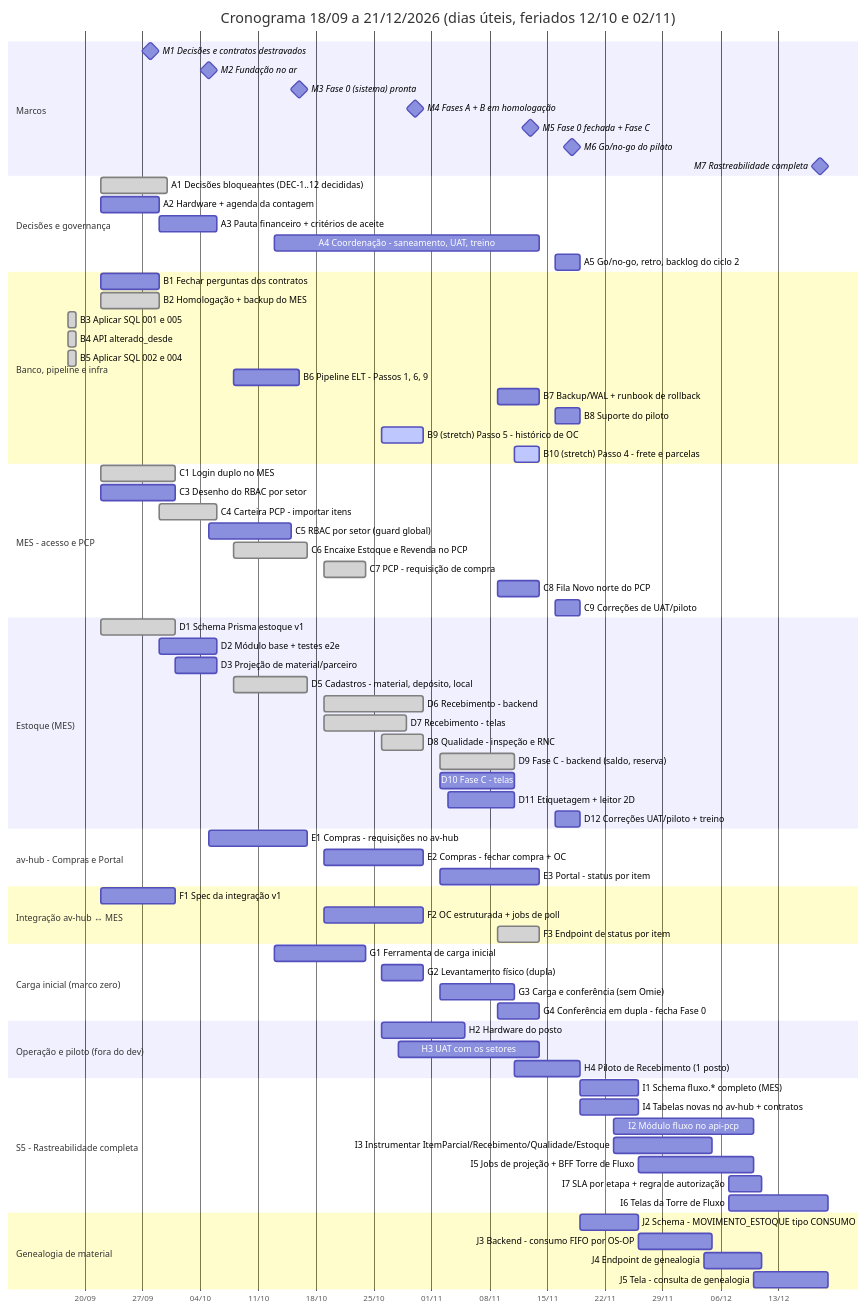
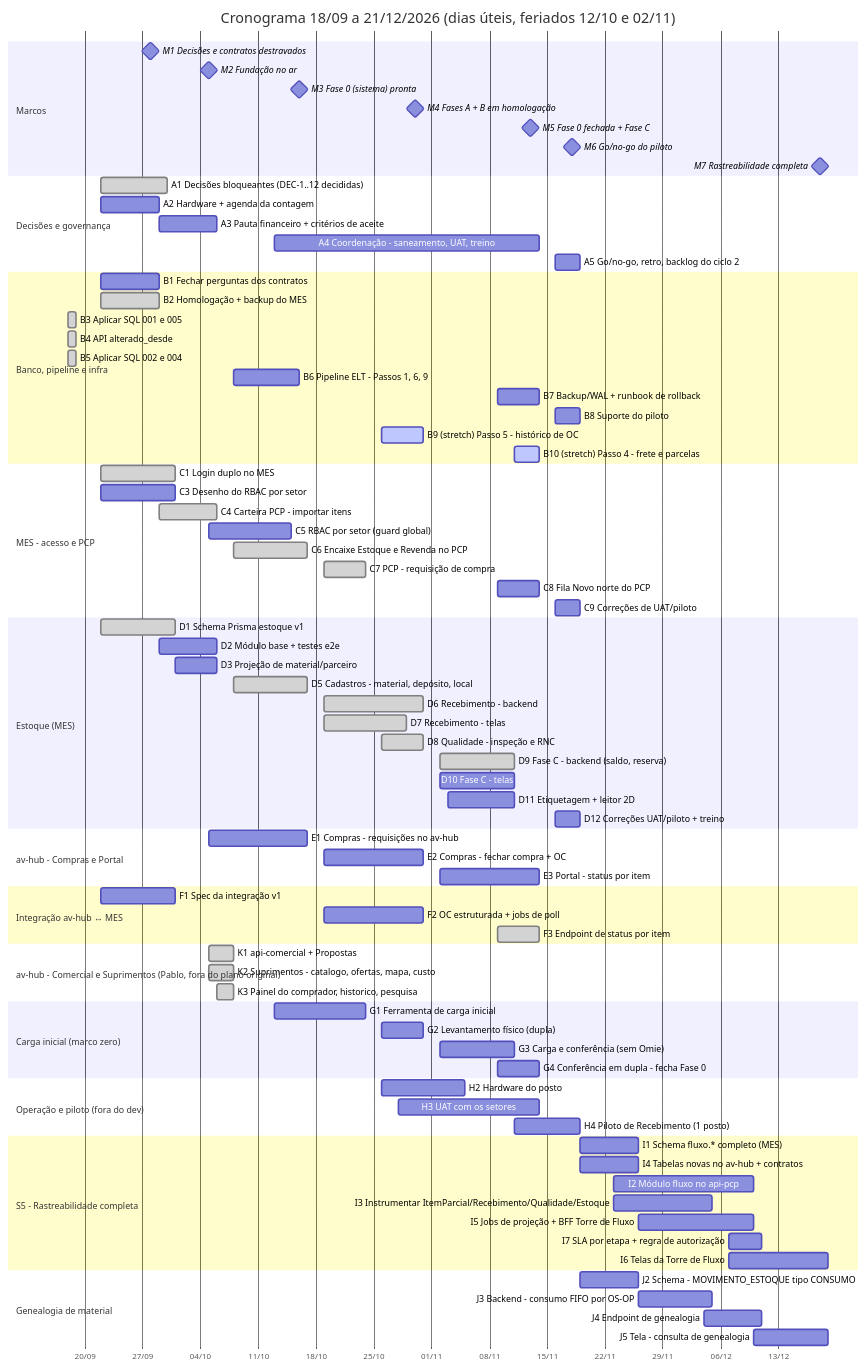
Before and after one commit to Acosvital/vault-avhub-mer: the diagram in 07-Cronograma/Cronograma-2-Meses.md, drawn with Mermaid. The commit also changed other lines of this file and 1 other file, not shown here.

First line of the commit message:
docs(vault): UML e cronograma atualizados contra o codigo (08/10)

```diff
--- a/07-Cronograma/Cronograma-2-Meses.md
+++ b/07-Cronograma/Cronograma-2-Meses.md
@@ -357,6 +378,10 @@
     F1 Spec da integração v1 :f1, 2026-09-22, 2026-10-01
     F2 OC estruturada + jobs de poll :f2, 2026-10-19, 2026-10-31
     F3 Endpoint de status por item :done, f3, 2026-11-09, 2026-11-14
+    section av-hub - Comercial e Suprimentos (Pablo, fora do plano original)
+    K1 api-comercial + Propostas :done, k1, 2026-10-05, 2026-10-08
+    K2 Suprimentos - catalogo, ofertas, mapa, custo :done, k2, 2026-10-05, 2026-10-08
+    K3 Painel do comprador, historico, pesquisa :done, k3, 2026-10-06, 2026-10-08
     section Carga inicial (marco zero)
     G1 Ferramenta de carga inicial :g1, 2026-10-13, 2026-10-24
     G2 Levantamento físico (dupla) :g2, 2026-10-26, 2026-10-31
```
